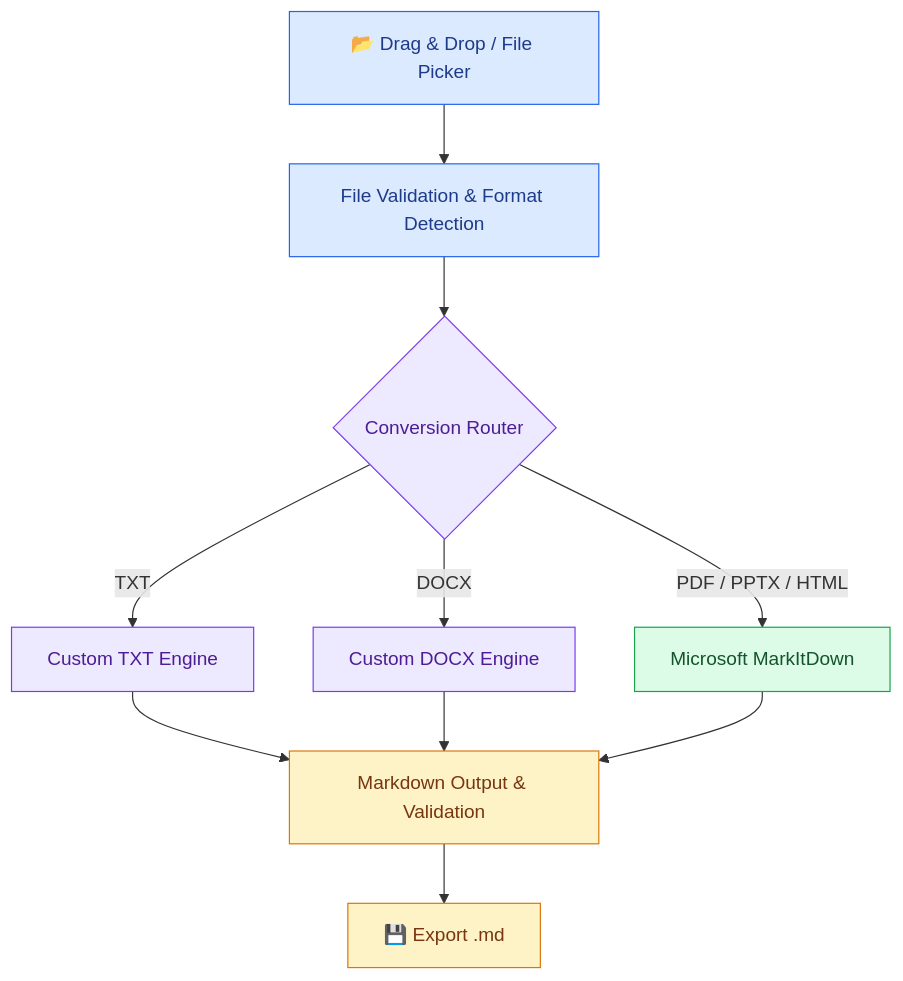
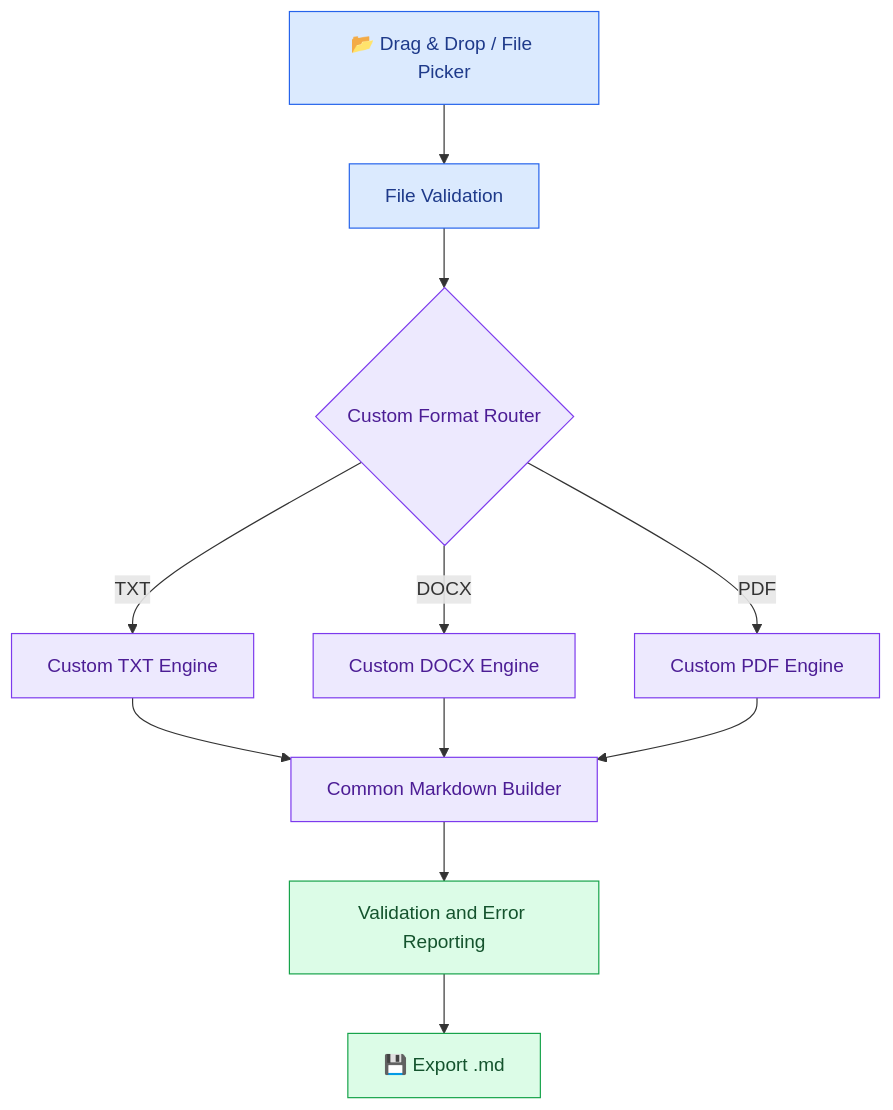
The diagram in README.md (DrBham/Hybird-Document-To-Markdown), drawn with Mermaid before and after one commit. The commit also changed other lines of this file and 8 other files, not shown here.

````diff
--- a/README.md
+++ b/README.md
@@ -88,20 +87,19 @@
 ```mermaid
 flowchart TD
-    A["📂 Drag & Drop / File Picker"] --> B["File Validation & Format Detection"]
-    B --> C{"Conversion Router"}
-    C -->|TXT| D["Custom TXT Engine"]
-    C -->|DOCX| E["Custom DOCX Engine"]
-    C -->|PDF / PPTX / HTML| F["Microsoft MarkItDown"]
-    D --> G["Markdown Output & Validation"]
-    E --> G
-    F --> G
-    G --> H["💾 Export .md"]
+    A["📂 Drag & Drop / File Picker"] --> B["File Validation"]
+    B --> C{"Custom Format Router"}
+    C -->|TXT| T["Custom TXT Engine"]
+    C -->|DOCX| D["Custom DOCX Engine"]
+    C -->|PDF| P["Custom PDF Engine"]
+    T --> M["Common Markdown Builder"]
+    D --> M
+    P --> M
+    M --> V["Validation and Error Reporting"]
+    V --> O["💾 Export .md"]
     classDef input fill:#dbeafe,stroke:#2563eb,color:#1e3a8a;
     classDef custom fill:#ede9fe,stroke:#7c3aed,color:#4c1d95;
-    classDef external fill:#dcfce7,stroke:#16a34a,color:#14532d;
-    classDef output fill:#fef3c7,stroke:#d97706,color:#78350f;
+    classDef output fill:#dcfce7,stroke:#16a34a,color:#14532d;
     class A,B input;
-    class C,D,E custom;
-    class F external;
-    class G,H output;
+    class C,T,D,P,M custom;
+    class V,O output;
 ```
````
